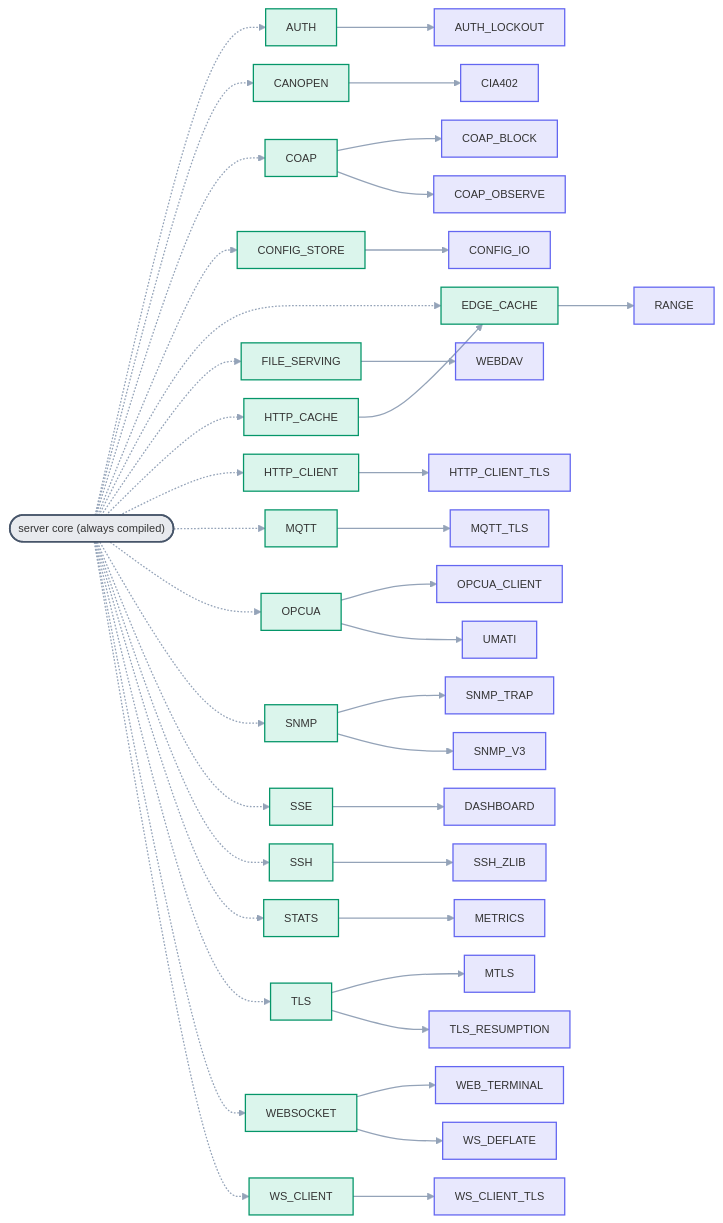
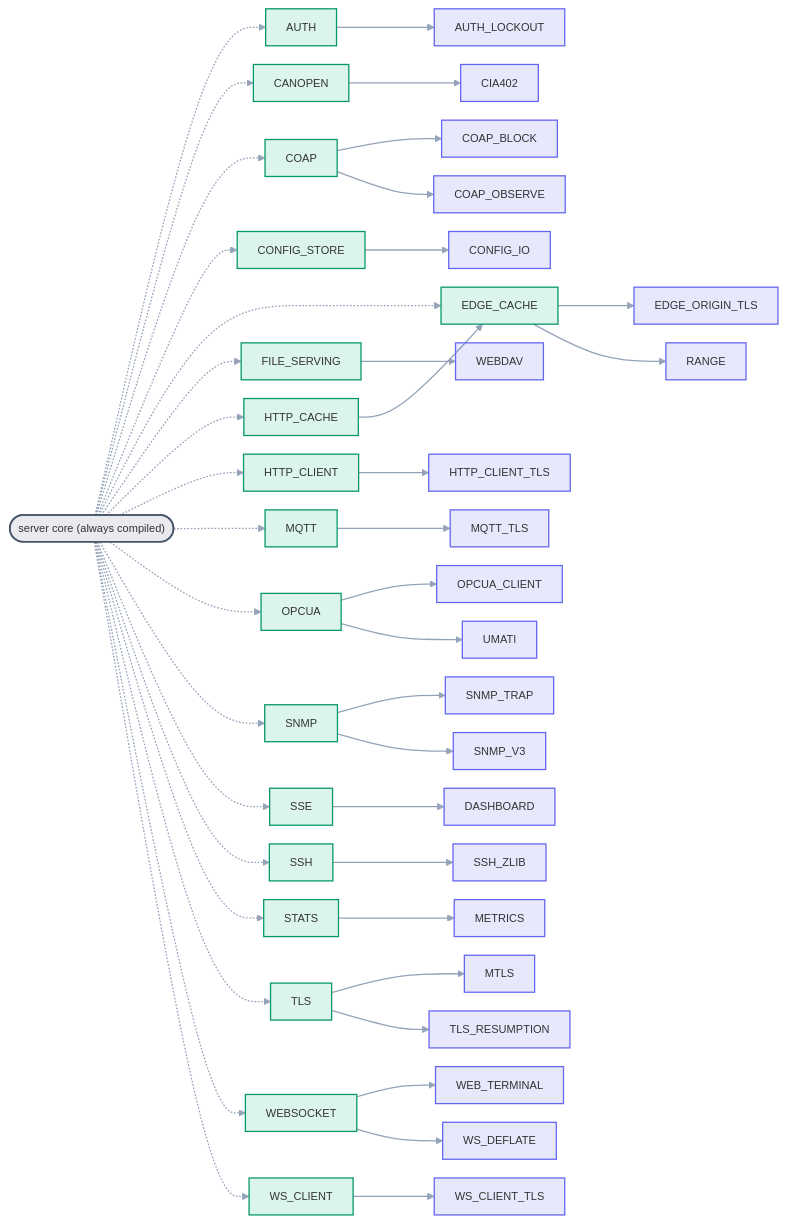
The diagram in docs/diagrams/flag_deps.mmd (dstroy0/DeterministicESPAsyncWebServer), drawn with Mermaid before and after one commit. The commit also changed 5 other files, not shown here.

```diff
--- a/docs/diagrams/flag_deps.mmd
+++ b/docs/diagrams/flag_deps.mmd
@@ -1,94 +1,96 @@
 %%{init: {'themeVariables':{'fontFamily':'monospace','fontSize':'13px','lineColor':'#94a3b8'},'flowchart':{'htmlLabels':false,'curve':'basis','nodeSpacing':22,'rankSpacing':75,'padding':12,'useMaxWidth':false}}}%%
 flowchart LR
   %% Optional feature families hang off the always-compiled core (dotted = optional, NOT
   %% a dependency); within a family a solid A --> B means B requires A (a hard #error).
   %% Auto-generated from the #error / #if guards in src/ServerConfig.h.
 
   CORE(["server core (always compiled)"])
   AUTH["AUTH"]
   CANOPEN["CANOPEN"]
   COAP["COAP"]
   CONFIG_STORE["CONFIG_STORE"]
   EDGE_CACHE["EDGE_CACHE"]
   FILE_SERVING["FILE_SERVING"]
   HTTP_CACHE["HTTP_CACHE"]
   HTTP_CLIENT["HTTP_CLIENT"]
   MQTT["MQTT"]
   OPCUA["OPCUA"]
   SNMP["SNMP"]
   SSE["SSE"]
   SSH["SSH"]
   STATS["STATS"]
   TLS["TLS"]
   WEBSOCKET["WEBSOCKET"]
   WS_CLIENT["WS_CLIENT"]
   AUTH_LOCKOUT["AUTH_LOCKOUT"]
   CIA402["CIA402"]
   COAP_BLOCK["COAP_BLOCK"]
   COAP_OBSERVE["COAP_OBSERVE"]
   CONFIG_IO["CONFIG_IO"]
   DASHBOARD["DASHBOARD"]
+  EDGE_ORIGIN_TLS["EDGE_ORIGIN_TLS"]
   HTTP_CLIENT_TLS["HTTP_CLIENT_TLS"]
   METRICS["METRICS"]
   MQTT_TLS["MQTT_TLS"]
   MTLS["MTLS"]
   OPCUA_CLIENT["OPCUA_CLIENT"]
   RANGE["RANGE"]
   SNMP_TRAP["SNMP_TRAP"]
   SNMP_V3["SNMP_V3"]
   SSH_ZLIB["SSH_ZLIB"]
   TLS_RESUMPTION["TLS_RESUMPTION"]
   UMATI["UMATI"]
   WEBDAV["WEBDAV"]
   WEB_TERMINAL["WEB_TERMINAL"]
   WS_CLIENT_TLS["WS_CLIENT_TLS"]
   WS_DEFLATE["WS_DEFLATE"]
 
   CORE -.-> AUTH
   CORE -.-> CANOPEN
   CORE -.-> COAP
   CORE -.-> CONFIG_STORE
   CORE -.-> EDGE_CACHE
   CORE -.-> FILE_SERVING
   CORE -.-> HTTP_CACHE
   CORE -.-> HTTP_CLIENT
   CORE -.-> MQTT
   CORE -.-> OPCUA
   CORE -.-> SNMP
   CORE -.-> SSE
   CORE -.-> SSH
   CORE -.-> STATS
   CORE -.-> TLS
   CORE -.-> WEBSOCKET
   CORE -.-> WS_CLIENT
 
   AUTH --> AUTH_LOCKOUT
   CANOPEN --> CIA402
   COAP --> COAP_BLOCK
   COAP --> COAP_OBSERVE
   CONFIG_STORE --> CONFIG_IO
+  EDGE_CACHE --> EDGE_ORIGIN_TLS
   EDGE_CACHE --> RANGE
   FILE_SERVING --> WEBDAV
   HTTP_CACHE --> EDGE_CACHE
   HTTP_CLIENT --> HTTP_CLIENT_TLS
   MQTT --> MQTT_TLS
   OPCUA --> OPCUA_CLIENT
   OPCUA --> UMATI
   SNMP --> SNMP_TRAP
   SNMP --> SNMP_V3
   SSE --> DASHBOARD
   SSH --> SSH_ZLIB
   STATS --> METRICS
   TLS --> MTLS
   TLS --> TLS_RESUMPTION
   WEBSOCKET --> WEB_TERMINAL
   WEBSOCKET --> WS_DEFLATE
   WS_CLIENT --> WS_CLIENT_TLS
 
   class CORE core;
   class AUTH,CANOPEN,COAP,CONFIG_STORE,EDGE_CACHE,FILE_SERVING,HTTP_CACHE,HTTP_CLIENT,MQTT,OPCUA,SNMP,SSE,SSH,STATS,TLS,WEBSOCKET,WS_CLIENT parent;
-  class AUTH_LOCKOUT,CIA402,COAP_BLOCK,COAP_OBSERVE,CONFIG_IO,DASHBOARD,HTTP_CLIENT_TLS,METRICS,MQTT_TLS,MTLS,OPCUA_CLIENT,RANGE,SNMP_TRAP,SNMP_V3,SSH_ZLIB,TLS_RESUMPTION,UMATI,WEBDAV,WEB_TERMINAL,WS_CLIENT_TLS,WS_DEFLATE child;
+  class AUTH_LOCKOUT,CIA402,COAP_BLOCK,COAP_OBSERVE,CONFIG_IO,DASHBOARD,EDGE_ORIGIN_TLS,HTTP_CLIENT_TLS,METRICS,MQTT_TLS,MTLS,OPCUA_CLIENT,RANGE,SNMP_TRAP,SNMP_V3,SSH_ZLIB,TLS_RESUMPTION,UMATI,WEBDAV,WEB_TERMINAL,WS_CLIENT_TLS,WS_DEFLATE child;
   classDef core fill:#64748b26,stroke:#475569,stroke-width:2px;
   classDef parent fill:#10b98126,stroke:#059669,stroke-width:1.5px;
   classDef child fill:#6366f126,stroke:#6366f1,stroke-width:1.5px;
   linkStyle default stroke-width:1.5px;
```
